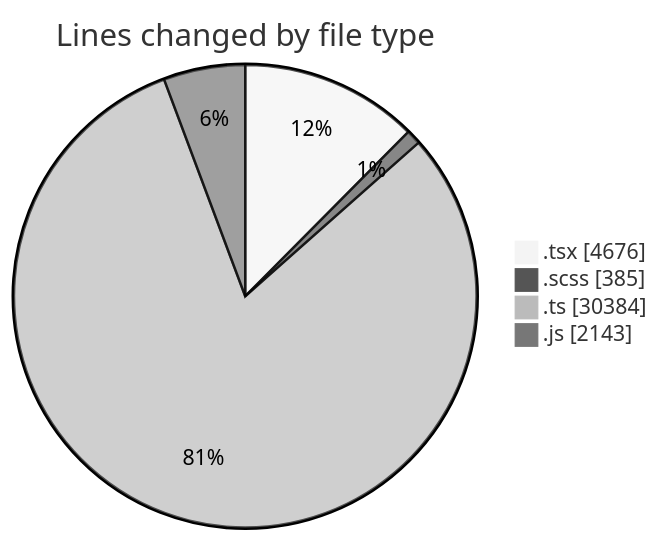
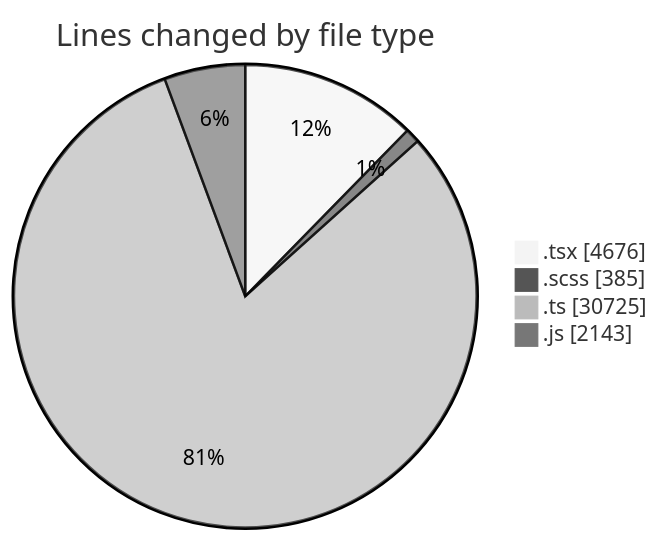
One commit to momahboobian/code-tracking changed the first of 2 diagrams in 2025-06-17/cda/README.md. Above: the diagram before and after it, drawn with Mermaid (neutral theme). The commit also changed other lines of this file and 1 other file, not shown here.

````diff
--- a/2025-06-17/cda/README.md
+++ b/2025-06-17/cda/README.md
@@ -48,8 +49,8 @@
 ```mermaid
 pie showData
 title Lines changed by file type
 ".tsx" : 4676
 ".scss" : 385
-".ts" : 30384
+".ts" : 30725
 ".js" : 2143
 ```
````
